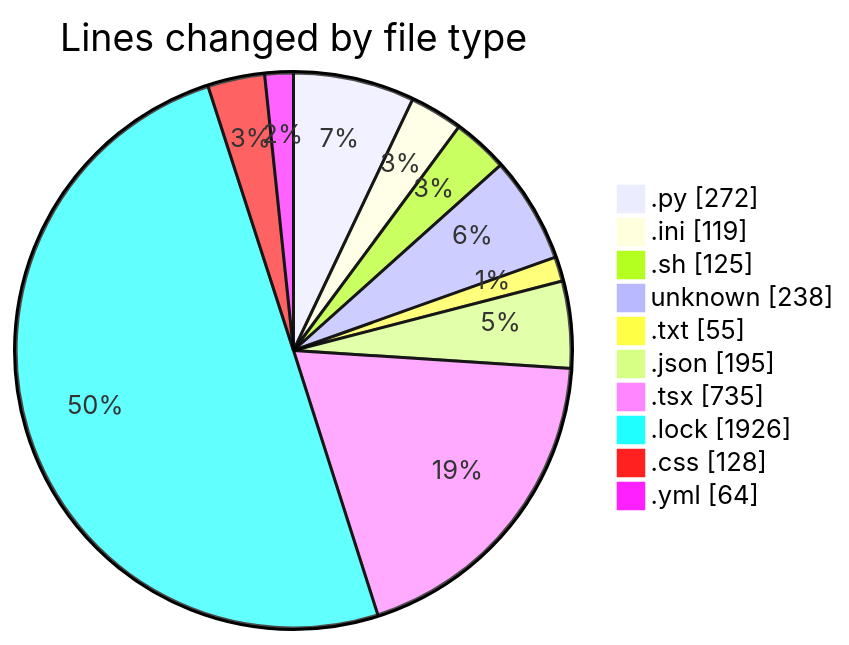
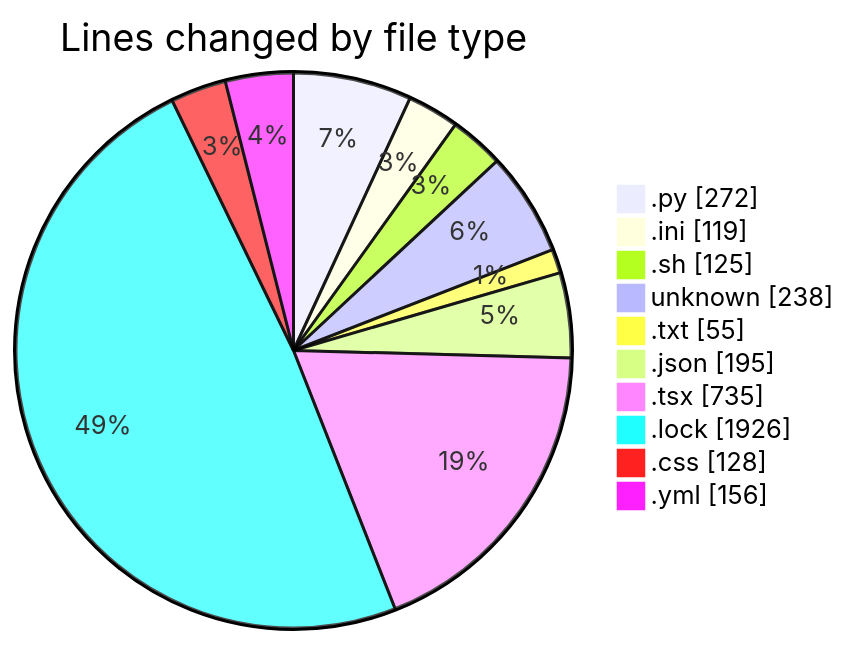
Before and after one commit to Elitesun/code-tracking: the first of 2 diagrams in 2025-05-12/niten/README.md, drawn with Mermaid. The commit also changed other lines of this file and 1 other file, not shown here.

````diff
--- a/2025-05-12/niten/README.md
+++ b/2025-05-12/niten/README.md
@@ -35,14 +36,14 @@
 ```mermaid
 pie showData
 title Lines changed by file type
 ".py" : 272
 ".ini" : 119
 ".sh" : 125
 "unknown" : 238
 ".txt" : 55
 ".json" : 195
 ".tsx" : 735
 ".lock" : 1926
 ".css" : 128
-".yml" : 64
+".yml" : 156
 ```
````
